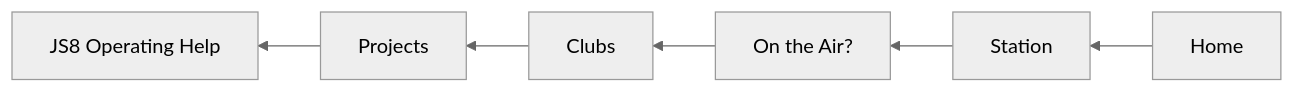
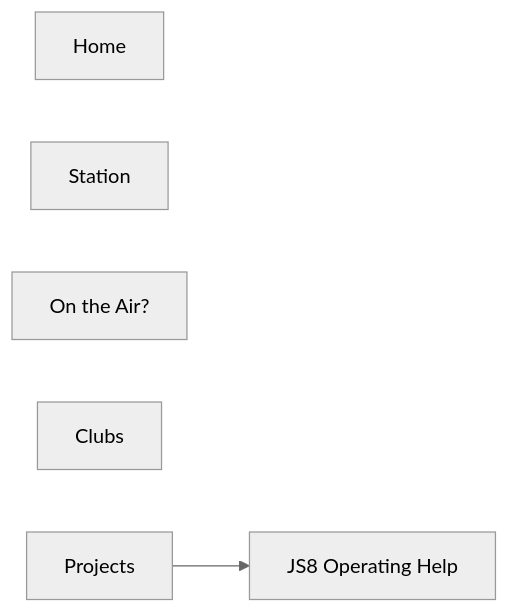
One commit to we4sel/we4sel.github.io changed the diagram in constructor.md.md. Above: the diagram before and after it, drawn with Mermaid (neutral theme). The commit also changed other lines of this file, not shown here.

Commit message:
constructor.md.md updated from https://stackedit.io/

````diff
--- a/constructor.md.md
+++ b/constructor.md.md
@@ -3,10 +3,11 @@
 ```mermaid
-graph RL
-a[Home] --> b[Station]
-b--> c[On the Air?]
-c-->d[Clubs]
-d--> e[Projects]
+graph LR
+a[Home]
+b[Station]
+c[On the Air?]
+d[Clubs]
+e[Projects]
 e--> f[JS8 Operating Help]
 
 
 ```
````
